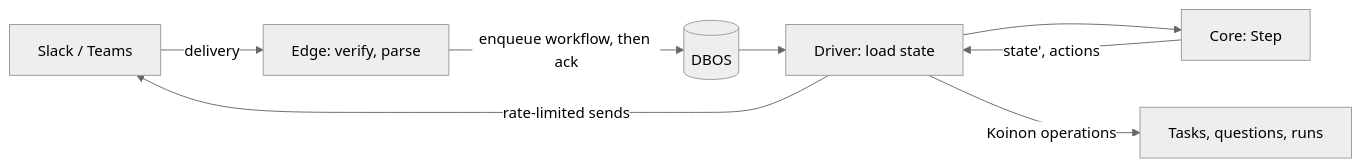
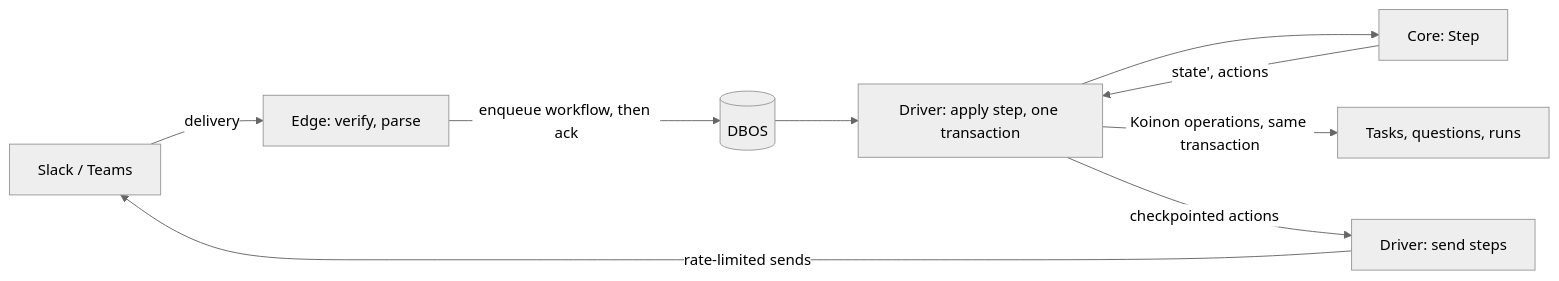
One commit to stateracloud/koinon changed the diagram in docs/adr/0127-chat-adapter-pure-core.md. Above: the diagram before and after it, drawn with Mermaid (neutral theme). The commit also changed other lines of this file, not shown here.

First line of the commit message:
docs(adr): 0127 review round 1, apply step and thread binding

````diff
--- a/docs/adr/0127-chat-adapter-pure-core.md
+++ b/docs/adr/0127-chat-adapter-pure-core.md
@@ -68,10 +73,11 @@
 ```mermaid
 flowchart LR
   P[Slack / Teams] -->|delivery| E[Edge: verify, parse]
   E -->|enqueue workflow, then ack| D[(DBOS)]
-  D --> R[Driver: load state]
-  R --> C[Core: Step]
-  C -->|state', actions| R
-  R -->|Koinon operations| K[Tasks, questions, runs]
-  R -->|rate-limited sends| P
+  D --> A[Driver: apply step, one transaction]
+  A --> C[Core: Step]
+  C -->|state', actions| A
+  A -->|Koinon operations, same transaction| K[Tasks, questions, runs]
+  A -->|checkpointed actions| S[Driver: send steps]
+  S -->|rate-limited sends| P
 ```
````
